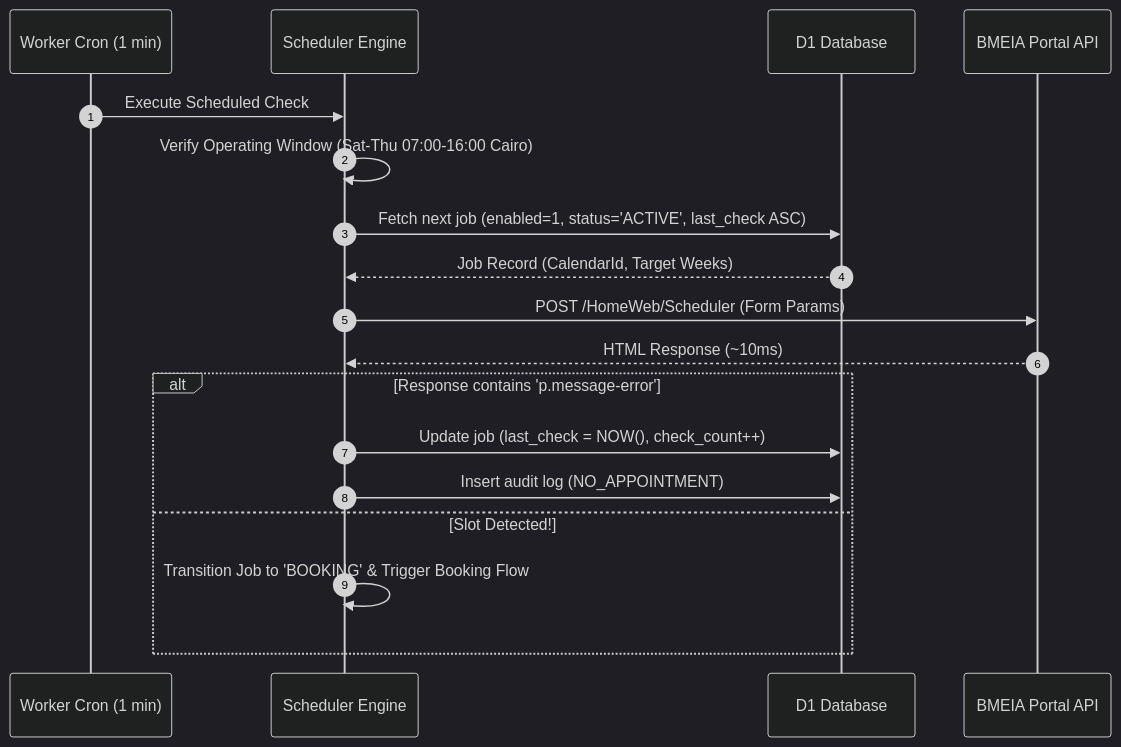
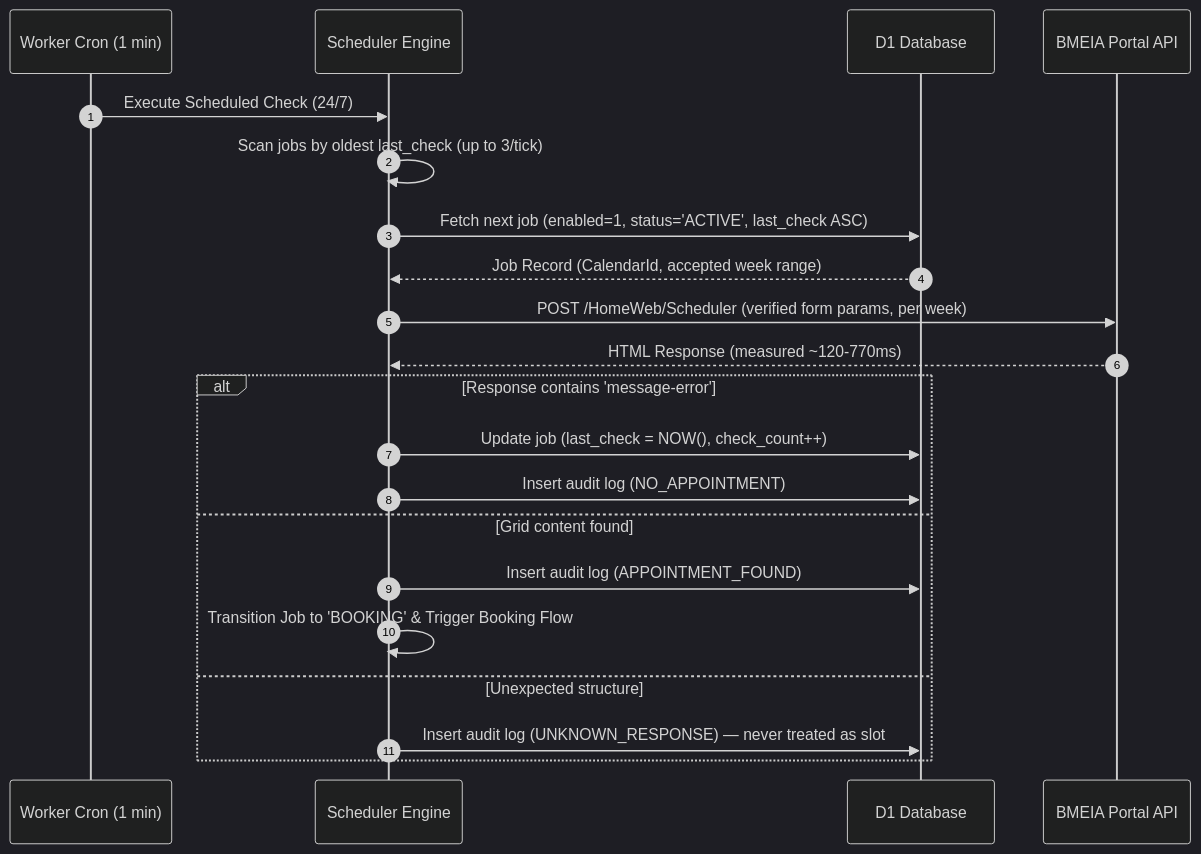
One commit to abdulsamed1/aegisflow changed the second of 3 diagrams in docs/architecture.md. Above: the diagram before and after it, drawn with Mermaid (dark theme). The commit also changed other lines of this file and 19 other files, not shown here.

Commit message:
refactor: update scheduler to 24/7 operation and update documentation to reflect verified G0 slot detection logic.

````diff
--- a/docs/architecture.md
+++ b/docs/architecture.md
@@ -138,21 +138,24 @@
 ```mermaid
 sequenceDiagram
     autonumber
     participant Cron as Worker Cron (1 min)
     participant Sched as Scheduler Engine
     participant D1 as D1 Database
     participant BMEIA as BMEIA Portal API
 
-    Cron->>Sched: Execute Scheduled Check
-    Sched->>Sched: Verify Operating Window (Sat-Thu 07:00-16:00 Cairo)
+    Cron->>Sched: Execute Scheduled Check (24/7)
+    Sched->>Sched: Scan jobs by oldest last_check (up to 3/tick)
     Sched->>D1: Fetch next job (enabled=1, status='ACTIVE', last_check ASC)
-    D1-->>Sched: Job Record (CalendarId, Target Weeks)
-    Sched->>BMEIA: POST /HomeWeb/Scheduler (Form Params)
-    BMEIA-->>Sched: HTML Response (~10ms)
-    alt Response contains 'p.message-error'
+    D1-->>Sched: Job Record (CalendarId, accepted week range)
+    Sched->>BMEIA: POST /HomeWeb/Scheduler (verified form params, per week)
+    BMEIA-->>Sched: HTML Response (measured ~120-770ms)
+    alt Response contains 'message-error'
         Sched->>D1: Update job (last_check = NOW(), check_count++)
         Sched->>D1: Insert audit log (NO_APPOINTMENT)
-    else Slot Detected!
+    else Grid content found
+        Sched->>D1: Insert audit log (APPOINTMENT_FOUND)
         Sched->>Sched: Transition Job to 'BOOKING' & Trigger Booking Flow
+    else Unexpected structure
+        Sched->>D1: Insert audit log (UNKNOWN_RESPONSE) — never treated as slot
     end
 ```
````
